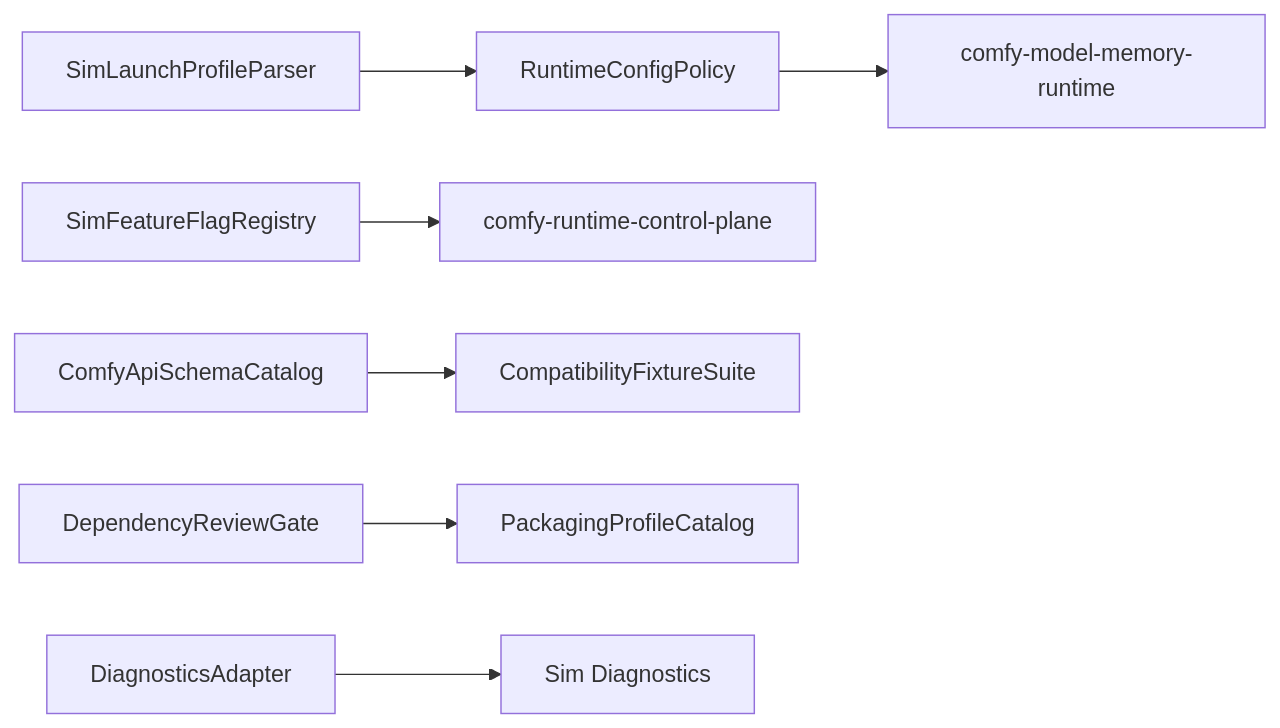
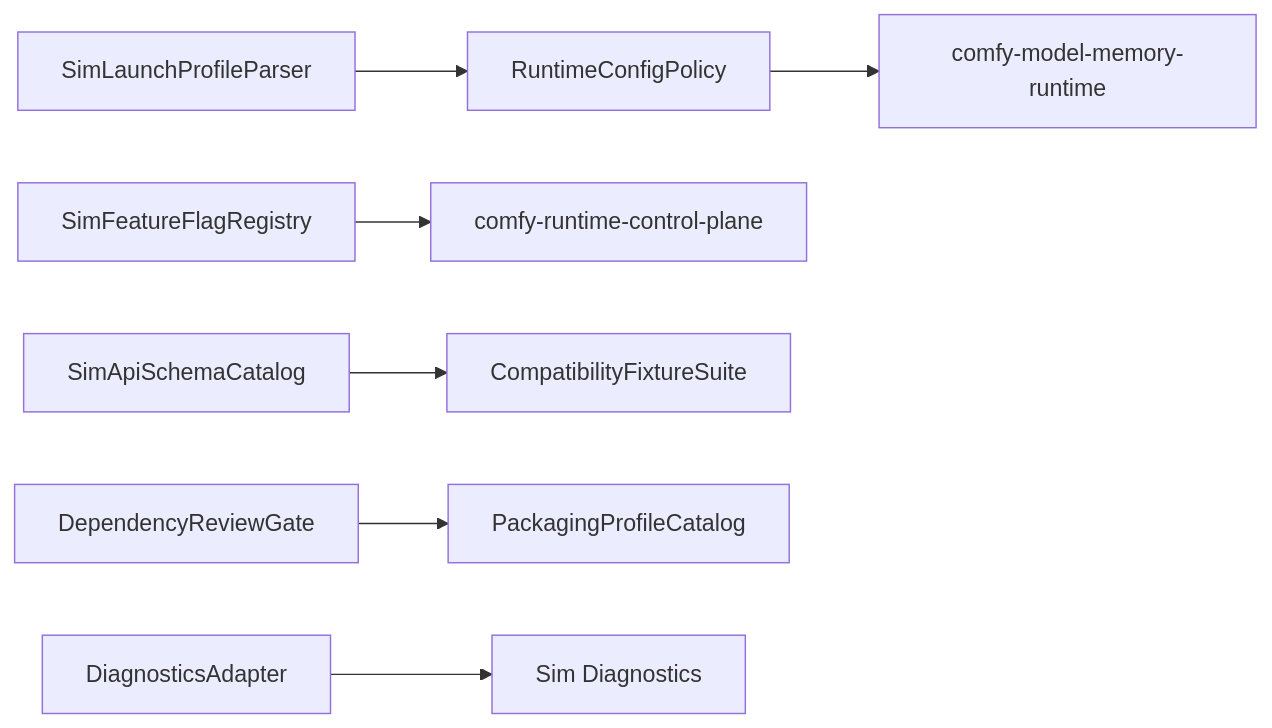
One commit to imagineerings/xor changed the diagram in .agents/specs/godot-migration/comfy-packaging-quality/design.md. Above: the diagram before and after it, drawn with Mermaid. The commit also changed other lines of this file and 6 other files, not shown here.

First line of the commit message:
feat(world_model): add native Sim API schema catalog (#180)

````diff
--- a/.agents/specs/godot-migration/comfy-packaging-quality/design.md
+++ b/.agents/specs/godot-migration/comfy-packaging-quality/design.md
@@ -9,9 +9,9 @@
 ```mermaid
 flowchart LR
     Config[SimLaunchProfileParser] --> Policy[RuntimeConfigPolicy]
     Policy --> Model[comfy-model-memory-runtime]
     Flags[SimFeatureFlagRegistry] --> Runtime[comfy-runtime-control-plane]
-    Schema[ComfyApiSchemaCatalog] --> Tests[CompatibilityFixtureSuite]
+    Schema[SimApiSchemaCatalog] --> Tests[CompatibilityFixtureSuite]
     Deps[DependencyReviewGate] --> Packaging[PackagingProfileCatalog]
     Logs[DiagnosticsAdapter] --> SimDiag[Sim Diagnostics]
 ```
````
